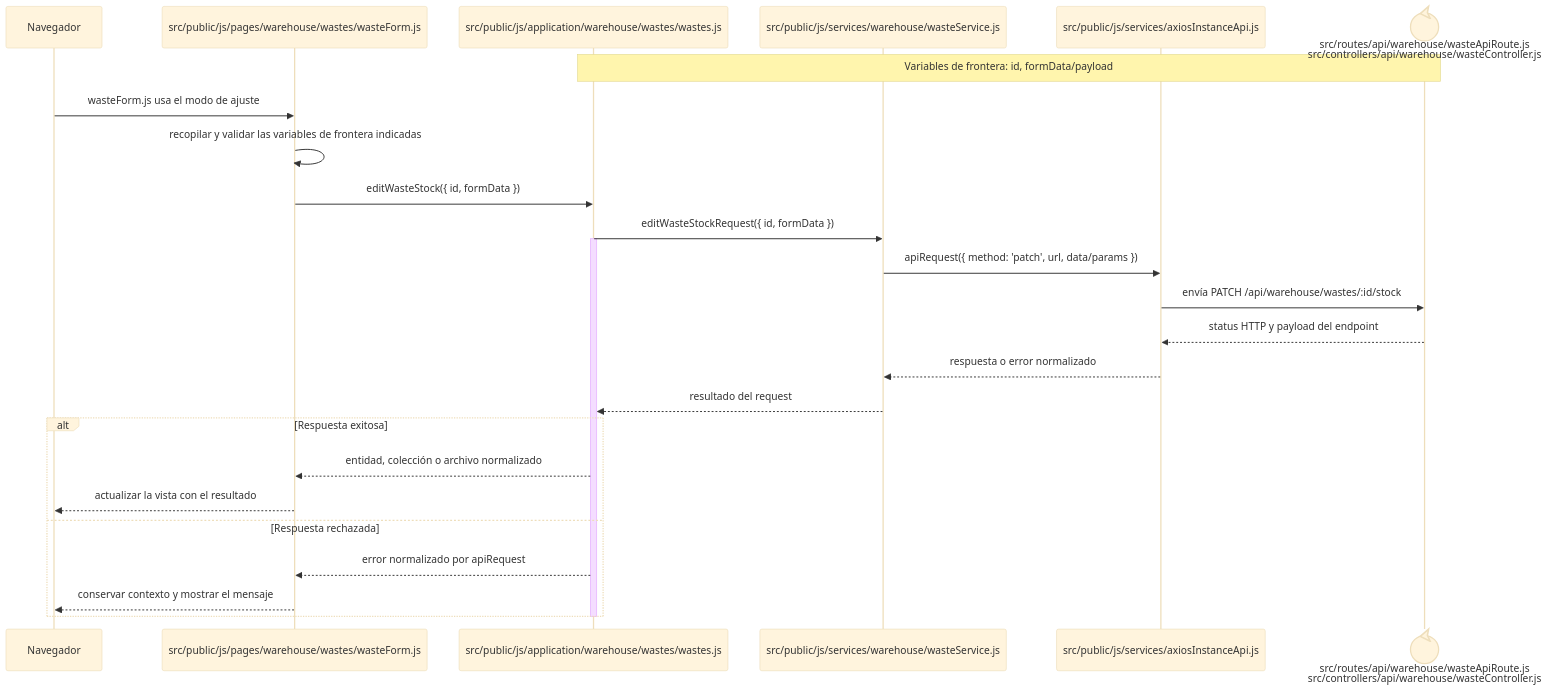
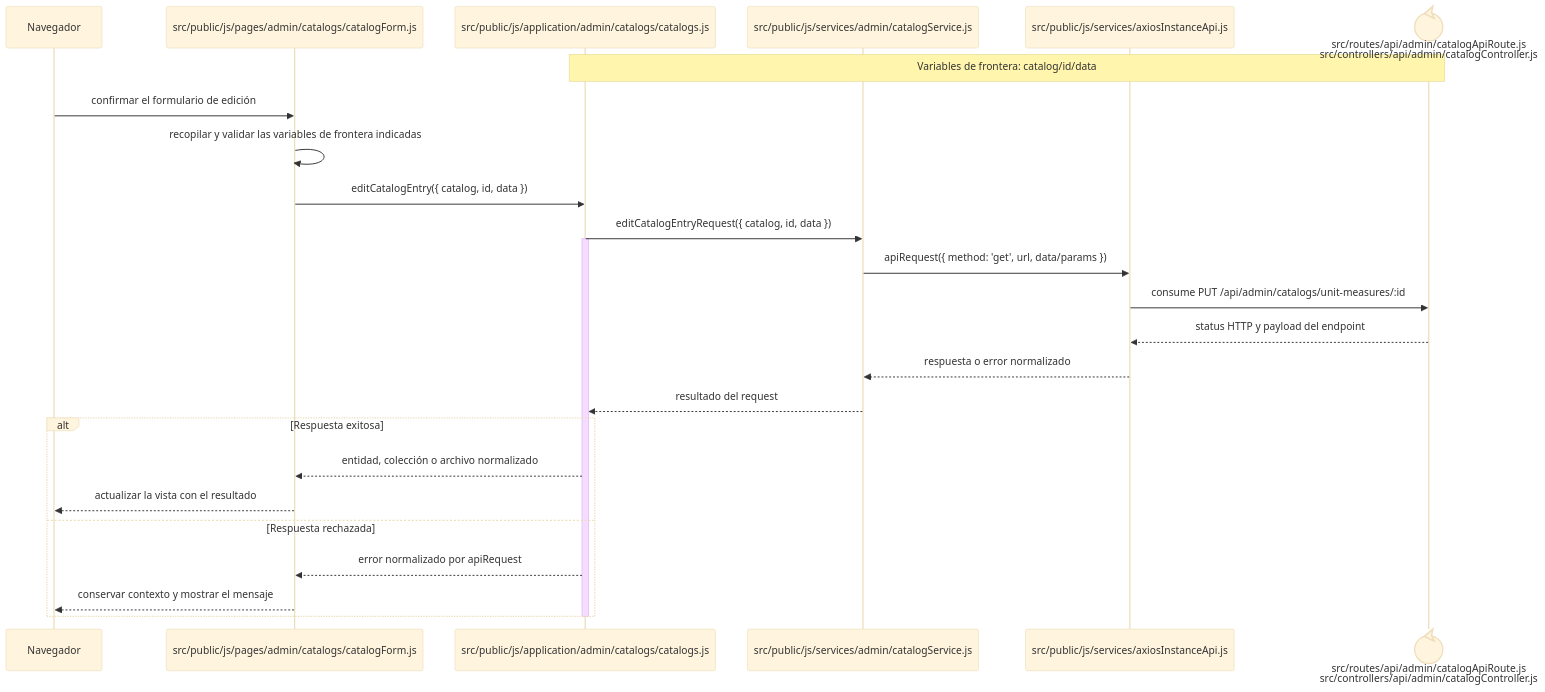
One commit to gpgsistemas01/nexus changed the diagram in docs/architecture/frontend-code-sequences/catalogs/cu-cat-21.md. Above: the diagram before and after it, drawn with Mermaid (base theme). The commit also changed other lines of this file and 287 other files, not shown here.

````diff
--- a/docs/architecture/frontend-code-sequences/catalogs/cu-cat-21.md
+++ b/docs/architecture/frontend-code-sequences/catalogs/cu-cat-21.md
@@ -6,29 +6,29 @@
 ```mermaid
 sequenceDiagram
     participant Browser as Navegador
-    participant View as src/public/js/pages/warehouse/wastes/wasteForm.js
-    participant Application as src/public/js/application/warehouse/wastes/wastes.js
-    participant Request as src/public/js/services/warehouse/wasteService.js
+    participant View as src/public/js/pages/admin/catalogs/catalogForm.js
+    participant Application as src/public/js/application/admin/catalogs/catalogs.js
+    participant Request as src/public/js/services/admin/catalogService.js
     participant HTTP as src/public/js/services/axiosInstanceApi.js
-    participant Transport@{ "type": "control" } as src/routes/api/warehouse/wasteApiRoute.js<br/>src/controllers/api/warehouse/wasteController.js
-    Note over Application,Transport: Variables de frontera: id, formData/payload
+    participant Transport@{ "type": "control" } as src/routes/api/admin/catalogApiRoute.js<br/>src/controllers/api/admin/catalogController.js
+    Note over Application,Transport: Variables de frontera: catalog/id/data
 
-    Browser->>View: wasteForm.js usa el modo de ajuste
+    Browser->>View: confirmar el formulario de edición
     View->>View: recopilar y validar las variables de frontera indicadas
-    View->>Application: editWasteStock({ id, formData })
-    Application->>Request: editWasteStockRequest({ id, formData })
+    View->>Application: editCatalogEntry({ catalog, id, data })
+    Application->>Request: editCatalogEntryRequest({ catalog, id, data })
     activate Application
-    Request->>HTTP: apiRequest({ method: 'patch', url, data/params })
-    HTTP->>Transport: envía PATCH /api/warehouse/wastes/:id/stock
+    Request->>HTTP: apiRequest({ method: 'get', url, data/params })
+    HTTP->>Transport: consume PUT /api/admin/catalogs/unit-measures/:id
     Transport-->>HTTP: status HTTP y payload del endpoint
     HTTP-->>Request: respuesta o error normalizado
     Request-->>Application: resultado del request
     alt Respuesta exitosa
         Application-->>View: entidad, colección o archivo normalizado
         View-->>Browser: actualizar la vista con el resultado
     else Respuesta rechazada
         Application-->>View: error normalizado por apiRequest
         View-->>Browser: conservar contexto y mostrar el mensaje
     end
     deactivate Application
 ```
````
